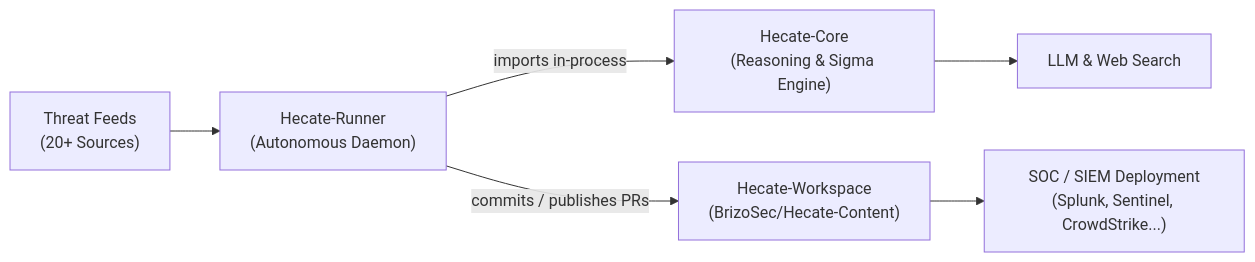
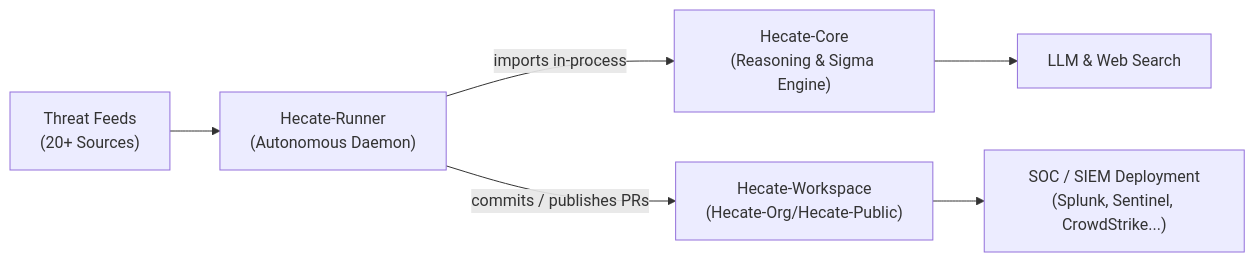
The diagram in README.md (BrizoSec/Hecate-Core), drawn with Mermaid before and after one commit. The commit also changed other lines of this file and 39 other files, not shown here.

````diff
--- a/README.md
+++ b/README.md
@@ -24,8 +24,8 @@
 ```mermaid
 flowchart LR
     CTI["Threat Feeds<br/>(20+ Sources)"] --> RUNNER["Hecate-Runner<br/>(Autonomous Daemon)"]
     RUNNER -- "imports in-process" --> CORE["Hecate-Core<br/>(Reasoning & Sigma Engine)"]
     CORE --> LLM["LLM & Web Search"]
-    RUNNER -- "commits / publishes PRs" --> WS["Hecate-Workspace<br/>(BrizoSec/Hecate-Content)"]
+    RUNNER -- "commits / publishes PRs" --> WS["Hecate-Workspace<br/>(Hecate-Org/Hecate-Public)"]
     WS --> SOC["SOC / SIEM Deployment<br/>(Splunk, Sentinel, CrowdStrike...)"]
 ```
````
